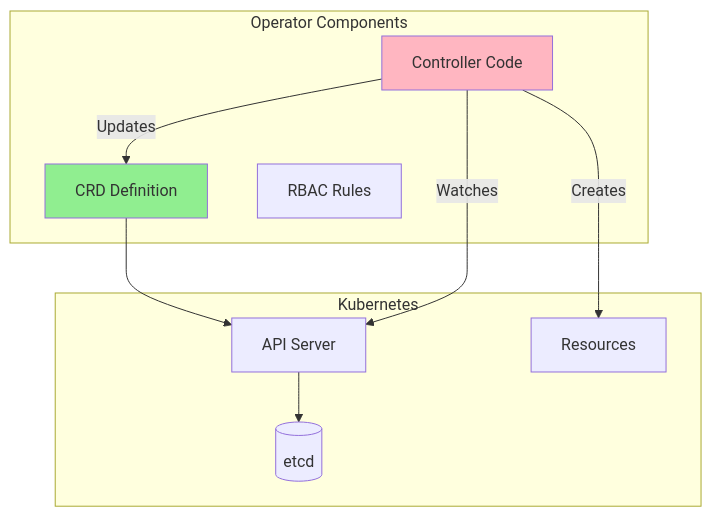
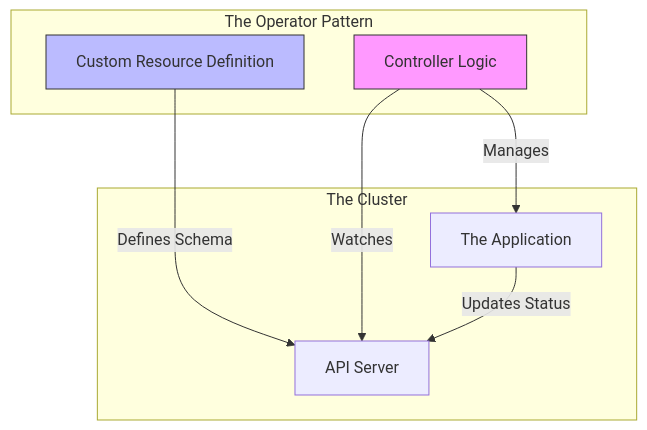
One commit to Zorozephyr/Samsung_SMO changed the third of 3 diagrams in Operators/Notes_2.md. Above: the diagram before and after it, drawn with Mermaid. The commit also changed other lines of this file and 58 other files, not shown here.

````diff
--- a/Operators/Notes_2.md
+++ b/Operators/Notes_2.md
@@ -233,23 +148,20 @@
 ```mermaid
 graph TB
-    subgraph "Operator Components"
-        CRD[CRD Definition]
-        CONTROLLER[Controller Code]
-        RBAC[RBAC Rules]
+    subgraph "The Operator Pattern"
+        CRD[Custom Resource Definition]
+        CODE[Controller Logic]
     end
     
-    subgraph "Kubernetes"
+    subgraph "The Cluster"
         API[API Server]
-        ETCD[(etcd)]
-        RESOURCES[Resources]
+        APP[The Application]
     end
     
-    CRD --> API
-    CONTROLLER -->|Watches| API
-    CONTROLLER -->|Creates| RESOURCES
-    CONTROLLER -->|Updates| CRD
-    API --> ETCD
+    CRD -->|Defines Schema| API
+    CODE -->|Watches| API
+    CODE -->|Manages| APP
+    APP -->|Updates Status| API
     
-    style CONTROLLER fill:#FFB6C1
-    style CRD fill:#90EE90
+    style CODE fill:#f9f,stroke:#333
+    style CRD fill:#bbf,stroke:#333
 ```
````
